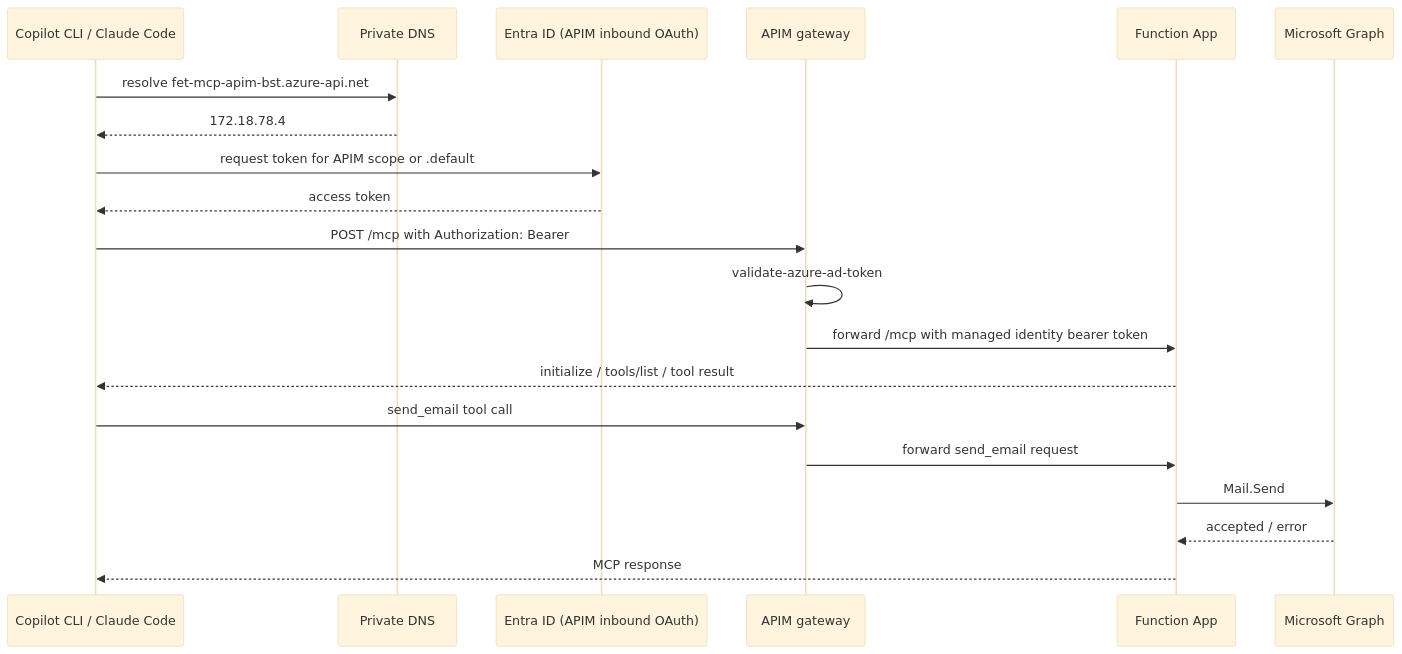
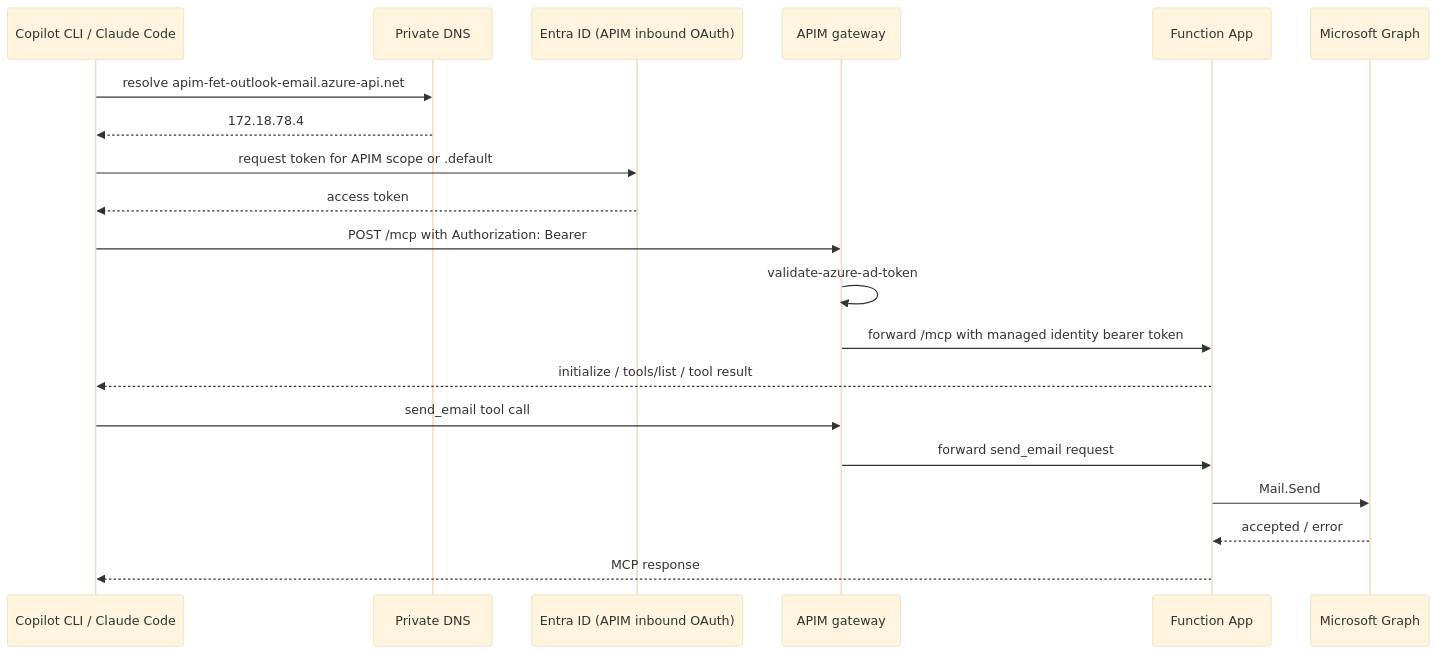
One commit to Fet-ycliang/mcp-dotnet-samples changed the second of 2 diagrams in outlook-email/README.md. Above: the diagram before and after it, drawn with Mermaid (base theme). The commit also changed other lines of this file and 2 other files, not shown here.

Commit message:
docs(outlook-email): update private ingress notes

````diff
--- a/outlook-email/README.md
+++ b/outlook-email/README.md
@@ -1167,23 +1169,23 @@
 ```mermaid
 sequenceDiagram
     participant Client as Copilot CLI / Claude Code
     participant DNS as Private DNS
     participant EntraIn as Entra ID (APIM inbound OAuth)
     participant APIM as APIM gateway
     participant Func as Function App
     participant Graph as Microsoft Graph
 
-    Client->>DNS: resolve fet-mcp-apim-bst.azure-api.net
+    Client->>DNS: resolve apim-fet-outlook-email.azure-api.net
     DNS-->>Client: 172.18.78.4
     Client->>EntraIn: request token for APIM scope or .default
     EntraIn-->>Client: access token
     Client->>APIM: POST /mcp with Authorization: Bearer
     APIM->>APIM: validate-azure-ad-token
     APIM->>Func: forward /mcp with managed identity bearer token
     Func-->>Client: initialize / tools/list / tool result
     Client->>APIM: send_email tool call
     APIM->>Func: forward send_email request
     Func->>Graph: Mail.Send
     Graph-->>Func: accepted / error
     Func-->>Client: MCP response
 ```
````
